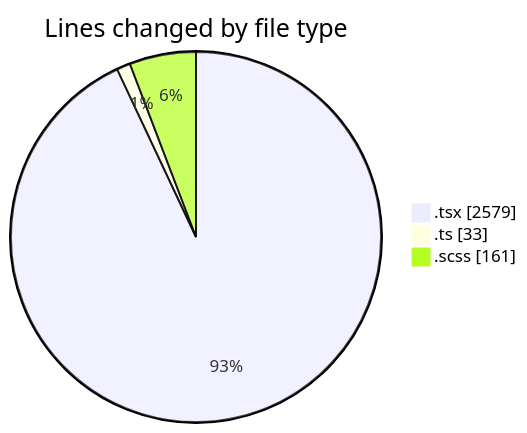
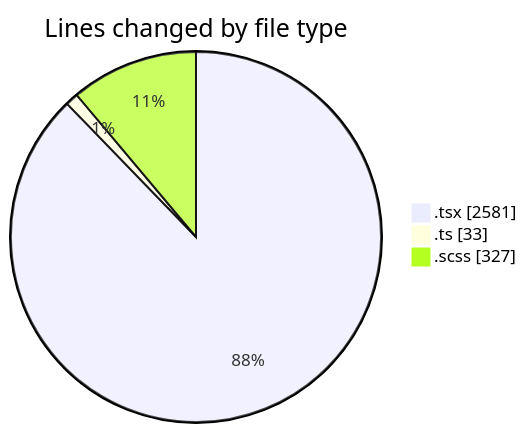
Before and after one commit to momahboobian/code-tracking: the first of 2 diagrams in 2025-02-12/cda/README.md, drawn with Mermaid. The commit also changed other lines of this file and 1 other file, not shown here.

````diff
--- a/2025-02-12/cda/README.md
+++ b/2025-02-12/cda/README.md
@@ -27,7 +27,7 @@
 ```mermaid
 pie showData
 title Lines changed by file type
-".tsx" : 2579
+".tsx" : 2581
 ".ts" : 33
-".scss" : 161
+".scss" : 327
 ```
````
